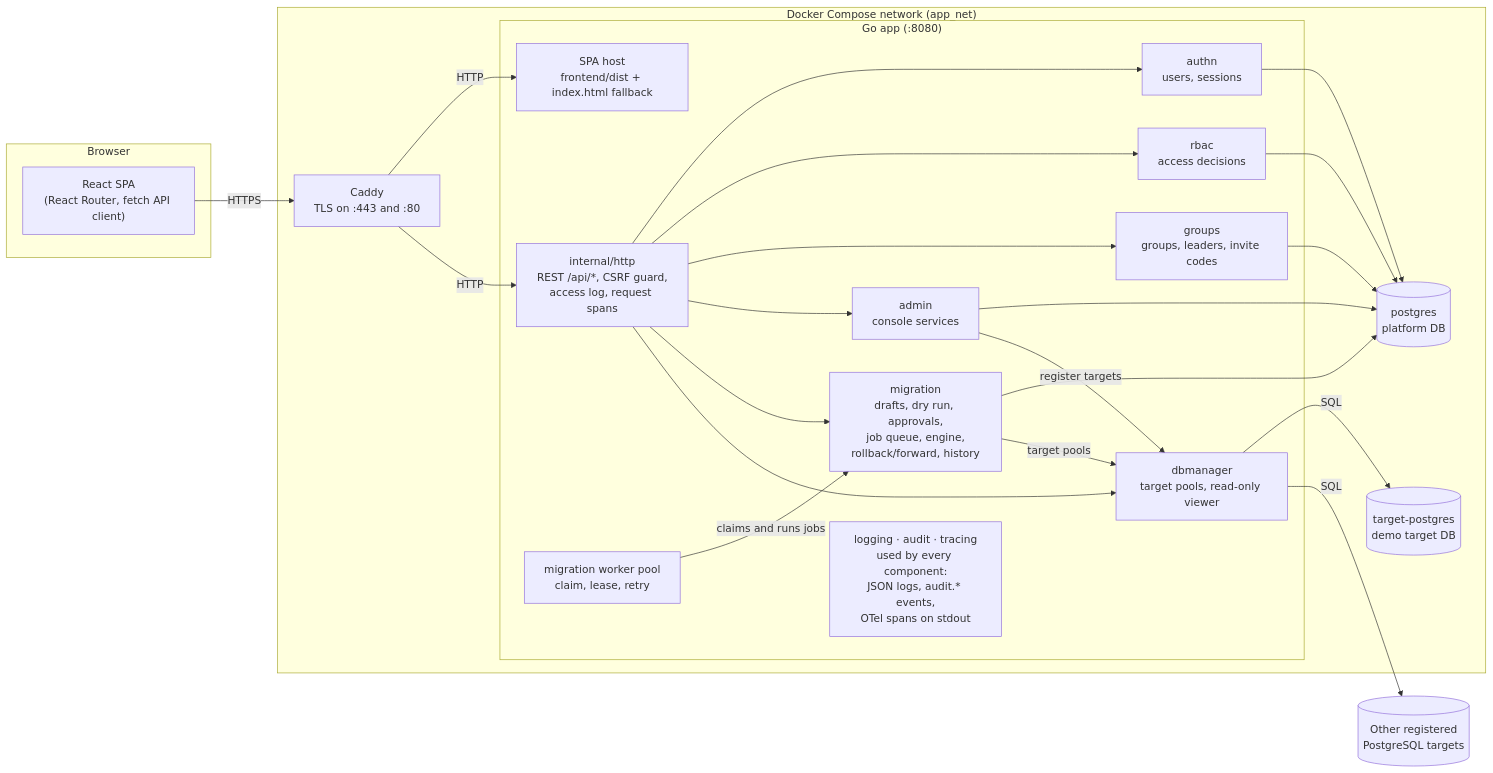
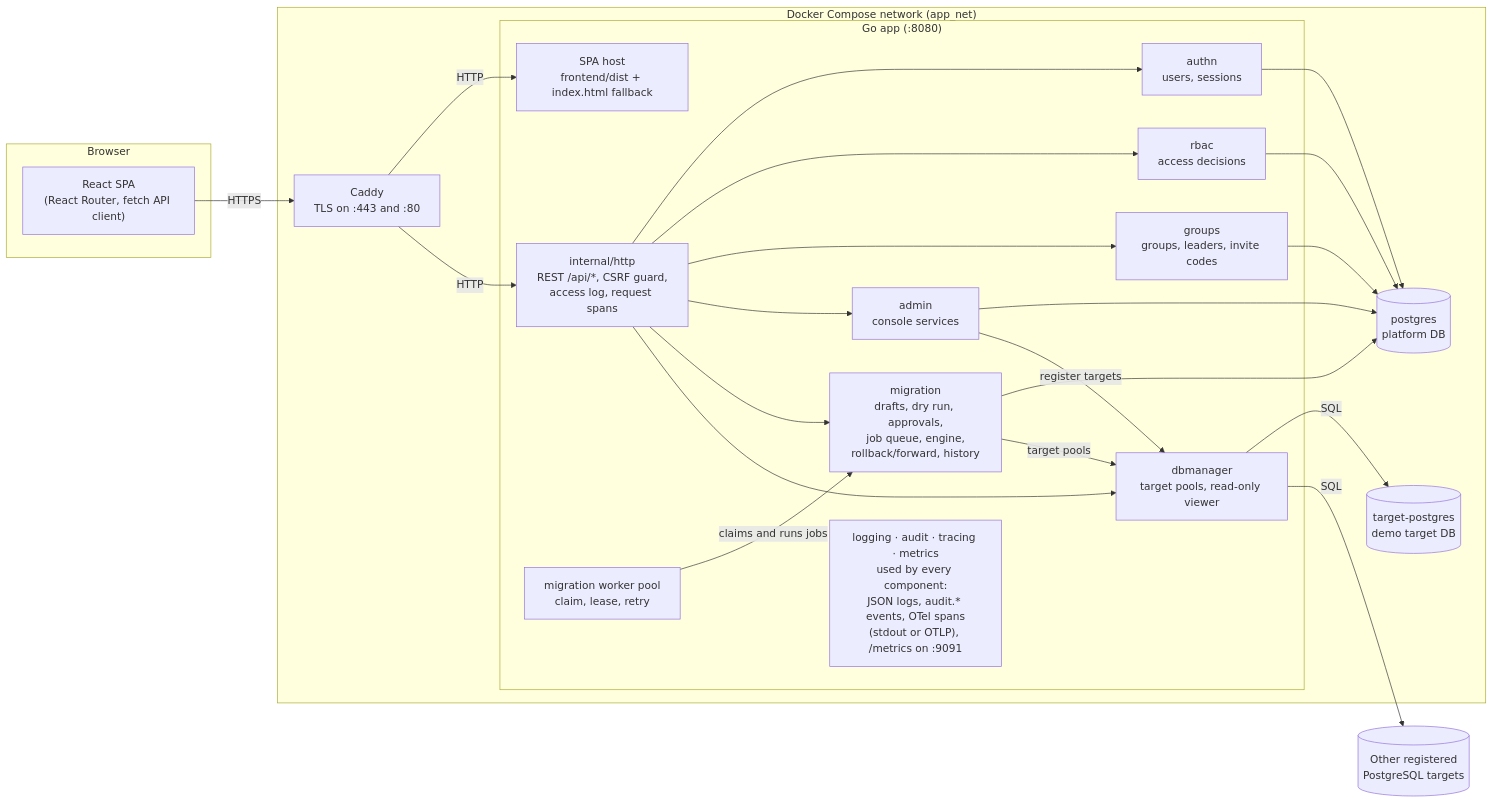
One commit to m-akma1/if3110-web-application-development changed the diagram in README.md. Above: the diagram before and after it, drawn with Mermaid. The commit also changed other lines of this file and 3 other files, not shown here.

Commit message:
docs: move batch-mode, logging/tracing and observability details out of the README

````diff
--- a/README.md
+++ b/README.md
@@ -237,44 +259,44 @@
 ```mermaid
 flowchart LR
     subgraph browser["Browser"]
         spa["React SPA<br/>(React Router, fetch API client)"]
     end
 
     subgraph compose["Docker Compose network (app_net)"]
         caddy["Caddy<br/>TLS on :443 and :80"]
 
         subgraph app["Go app (:8080)"]
             static["SPA host<br/>frontend/dist + index.html fallback"]
             http["internal/http<br/>REST /api/*, CSRF guard,<br/>access log, request spans"]
             worker["migration worker pool<br/>claim, lease, retry"]
 
             authn["authn<br/>users, sessions"]
             rbac["rbac<br/>access decisions"]
             groups["groups<br/>groups, leaders, invite codes"]
             admin["admin<br/>console services"]
             migr["migration<br/>drafts, dry run, approvals,<br/>job queue, engine,<br/>rollback/forward, history"]
-            obs["logging · audit · tracing<br/>used by every component:<br/>JSON logs, audit.* events,<br/>OTel spans on stdout"]
+            obs["logging · audit · tracing · metrics<br/>used by every component:<br/>JSON logs, audit.* events, OTel spans<br/>(stdout or OTLP), /metrics on :9091"]
 
             viewer["dbmanager<br/>target pools, read-only viewer"]
         end
 
         platform[("postgres<br/>platform DB")]
         target[("target-postgres<br/>demo target DB")]
     end
 
     other[("Other registered<br/>PostgreSQL targets")]
 
     spa -- HTTPS --> caddy
     caddy -- HTTP --> static
     caddy -- HTTP --> http
     http --> authn & rbac & groups & admin & migr & viewer
     worker -- "claims and runs jobs" --> migr
     authn & rbac & groups & admin & migr --> platform
     admin -- "register targets" --> viewer
     migr -- "target pools" --> viewer
     viewer -- SQL --> target & other
 
     %% layout only: keep the databases in their own column right of the app
     worker ~~~ obs
     viewer ~~~ platform
 ```
````
